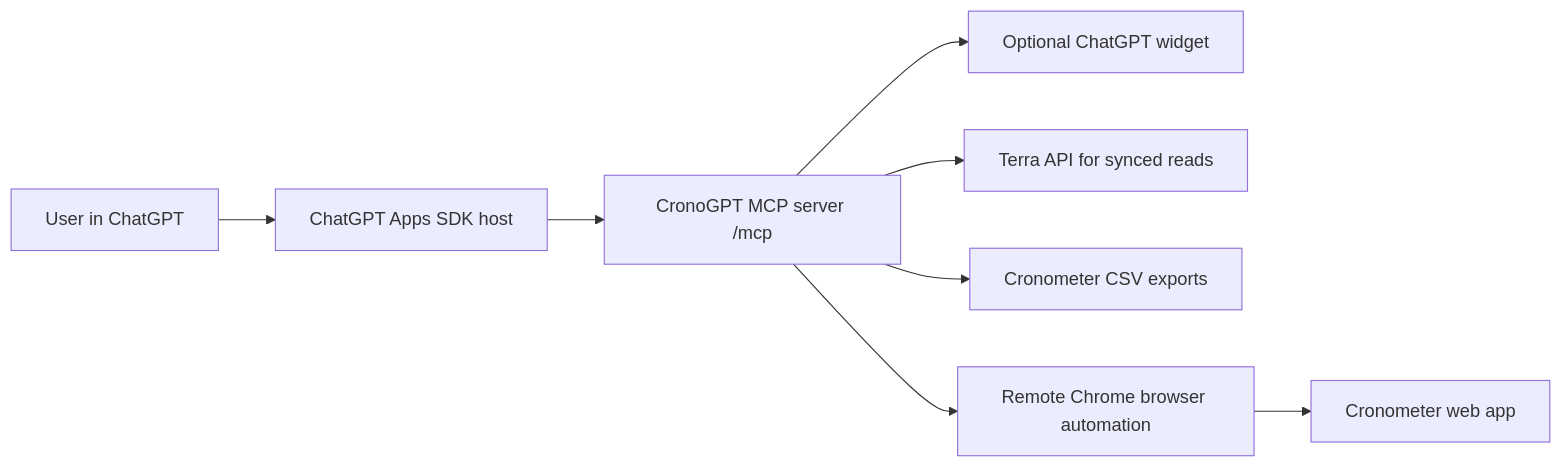
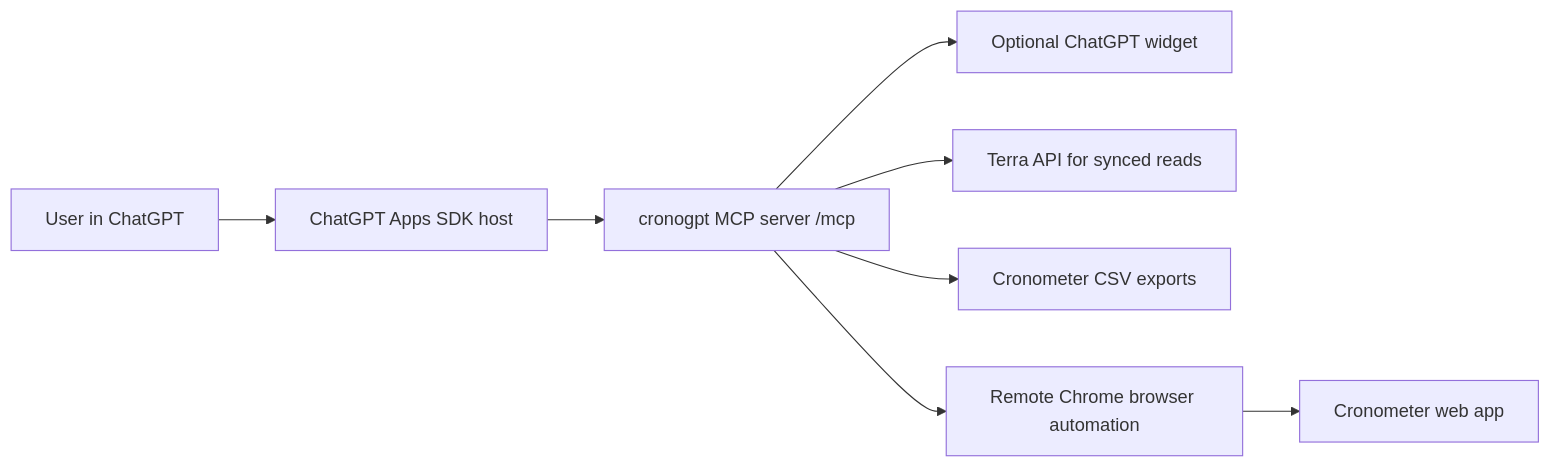
Before and after one commit to Colon101/CronoGPT: the diagram in docs/cronometer-chatgpt-plan.md, drawn with Mermaid. The commit also changed other lines of this file and 22 other files, not shown here.

````diff
--- a/docs/cronometer-chatgpt-plan.md
+++ b/docs/cronometer-chatgpt-plan.md
@@ -11,10 +11,10 @@
 ```mermaid
 flowchart LR
   User["User in ChatGPT"] --> ChatGPT["ChatGPT Apps SDK host"]
-  ChatGPT --> MCP["CronoGPT MCP server /mcp"]
+  ChatGPT --> MCP["cronogpt MCP server /mcp"]
   MCP --> Widget["Optional ChatGPT widget"]
   MCP --> Terra["Terra API for synced reads"]
   MCP --> CSV["Cronometer CSV exports"]
   MCP --> Browser["Remote Chrome browser automation"]
   Browser --> Cronometer["Cronometer web app"]
 ```
````
